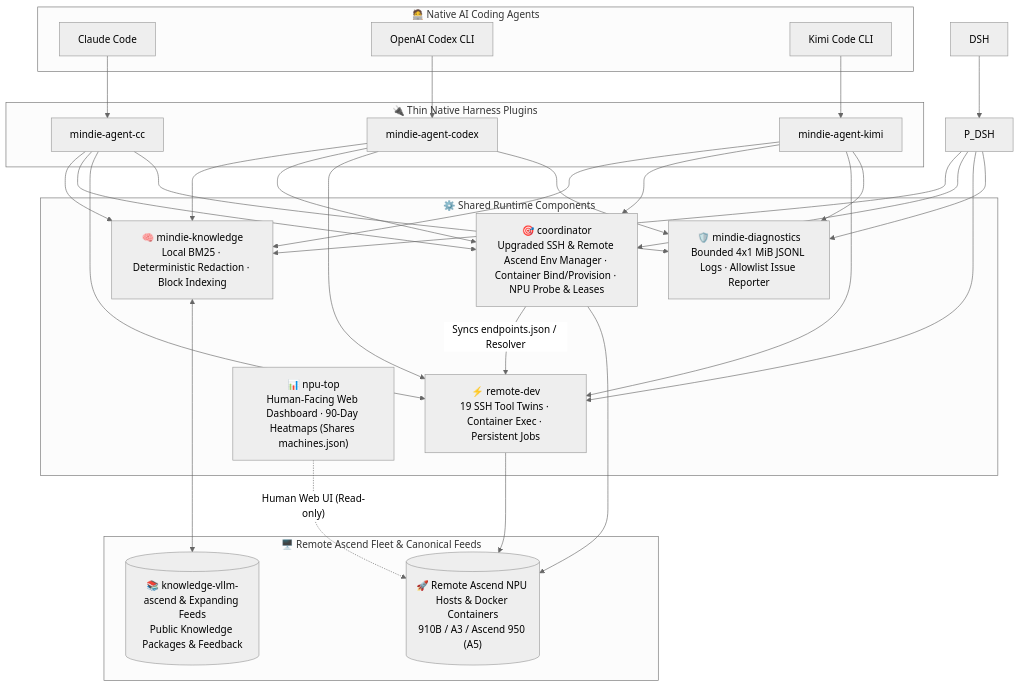
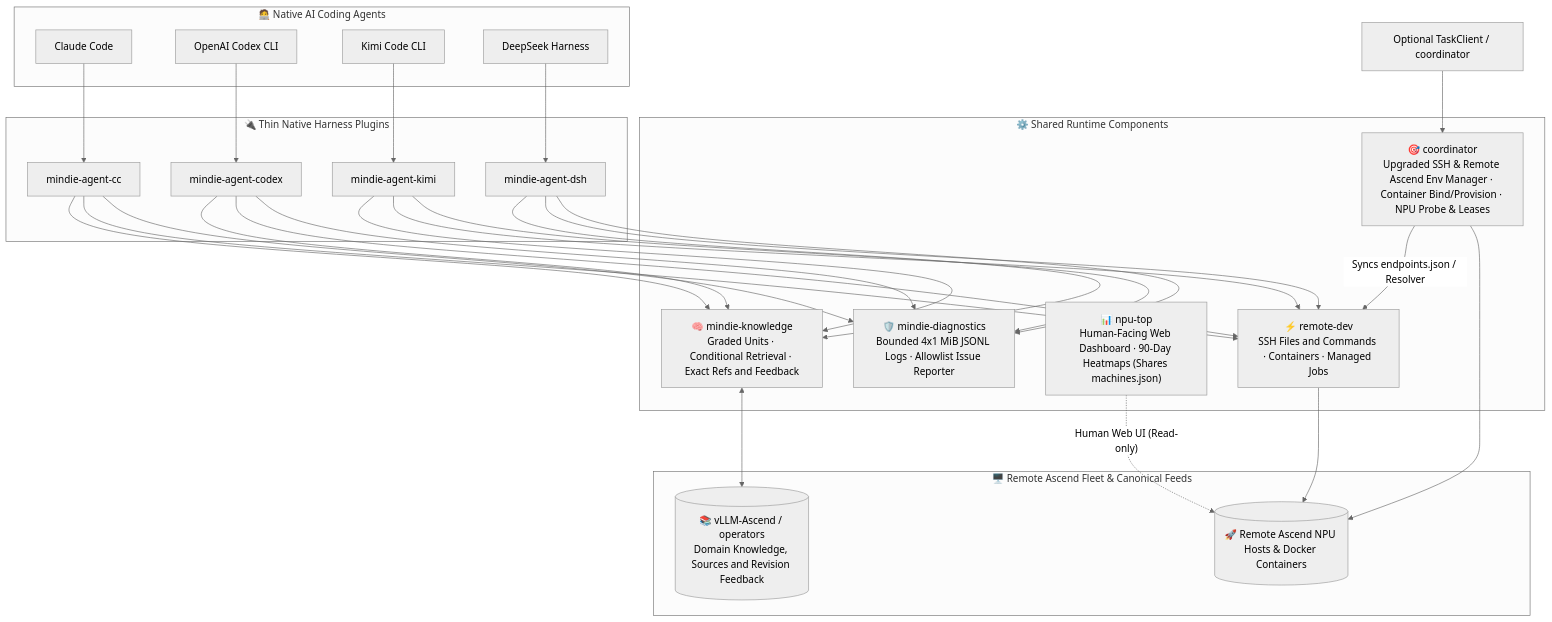
One commit to grandolantow/mindie-agent changed the first of 2 diagrams in README.en.md. Above: the diagram before and after it, drawn with Mermaid (neutral theme). The commit also changed other lines of this file and 1 other file, not shown here.

Commit message:
docs: describe conditional knowledge and reviewed publication flow

````diff
--- a/README.en.md
+++ b/README.en.md
@@ -174,38 +174,41 @@
 ```mermaid
 flowchart TB
   subgraph Clients["🧑‍💻 Native AI Coding Agents"]
     CC["Claude Code"]
     Codex["OpenAI Codex CLI"]
     Kimi["Kimi Code CLI"]
+    DSH["DeepSeek Harness"]
   end
 
   subgraph Adapters["🔌 Thin Native Harness Plugins"]
     P_CC["mindie-agent-cc"]
     P_Codex["mindie-agent-codex"]
     P_Kimi["mindie-agent-kimi"]
+    P_DSH["mindie-agent-dsh"]
   end
 
   subgraph Core["⚙️ Shared Runtime Components"]
-    Knowledge["🧠 mindie-knowledge<br/>Local BM25 · Deterministic Redaction · Block Indexing"]
+    Knowledge["🧠 mindie-knowledge<br/>Graded Units · Conditional Retrieval · Exact Refs and Feedback"]
     Coord["🎯 coordinator<br/>Upgraded SSH & Remote Ascend Env Manager · Container Bind/Provision · NPU Probe & Leases"]
-    RemoteDev["⚡ remote-dev<br/>19 SSH Tool Twins · Container Exec · Persistent Jobs"]
+    RemoteDev["⚡ remote-dev<br/>SSH Files and Commands · Containers · Managed Jobs"]
     NpuTop["📊 npu-top<br/>Human-Facing Web Dashboard · 90-Day Heatmaps (Shares machines.json)"]
     Diag["🛡️ mindie-diagnostics<br/>Bounded 4x1 MiB JSONL Logs · Allowlist Issue Reporter"]
   end
 
   subgraph Remote["🖥️ Remote Ascend Fleet & Canonical Feeds"]
-    Feed[("📚 knowledge-vllm-ascend & Expanding Feeds<br/>Public Knowledge Packages & Feedback")]
-    Cluster[("🚀 Remote Ascend NPU Hosts & Docker Containers<br/>910B / A3 / Ascend 950 (A5)")]
+    Feed[("📚 vLLM-Ascend / operators<br/>Domain Knowledge, Sources and Revision Feedback")]
+    Cluster[("🚀 Remote Ascend NPU Hosts & Docker Containers")]
   end
 
   CC --> P_CC
   Codex --> P_Codex
   Kimi --> P_Kimi
   DSH --> P_DSH
 
-  P_CC & P_Codex & P_Kimi & P_DSH --> Knowledge & Coord & RemoteDev & Diag
+  P_CC & P_Codex & P_Kimi & P_DSH --> Knowledge & RemoteDev & Diag
+  Task["Optional TaskClient / coordinator"] --> Coord
   Knowledge <--> Feed
   Coord -- "Syncs endpoints.json / Resolver" --> RemoteDev
   Coord & RemoteDev --> Cluster
   NpuTop -. "Human Web UI (Read-only)" .-> Cluster
 ```
````
